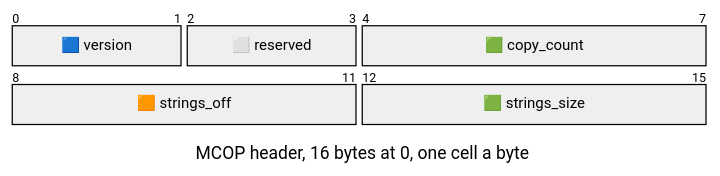
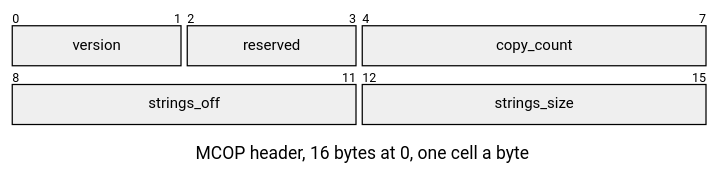
The diagram in docs/assets/formats/MCOP.md (jose-villegas/autana), drawn with Mermaid before and after one commit. The commit also changed 13 other files, not shown here.

Commit message:
formats: fill each packet box by its field's role through themeCSS the role gate writes, replacing the label squares (autana-edcif)

````diff
--- a/docs/assets/formats/MCOP.md
+++ b/docs/assets/formats/MCOP.md
@@ -11,15 +11,16 @@
 ```mermaid
 ---
 config:
+  themeCSS: "g:nth-of-type(2) rect:nth-of-type(1) { fill: #8fb3ee !important; } g:nth-of-type(2) rect:nth-of-type(2) { fill: #ffffff !important; stroke-dasharray: 4 3 !important; } g:nth-of-type(2) rect:nth-of-type(3) { fill: #93d6b0 !important; } g:nth-of-type(3) rect:nth-of-type(1) { fill: #f4a885 !important; } g:nth-of-type(3) rect:nth-of-type(2) { fill: #93d6b0 !important; } .packetLabel { fill: #1b1b1b !important; }"
   packet:
     bitsPerRow: 8
     bitWidth: 70
 ---
 packet-beta
 title MCOP header, 16 bytes at 0, one cell a byte
-0-1: "🟦 version"
-2-3: "⬜ reserved"
-4-7: "🟩 copy_count"
-8-11: "🟧 strings_off"
-12-15: "🟩 strings_size"
+0-1: "version"
+2-3: "reserved"
+4-7: "copy_count"
+8-11: "strings_off"
+12-15: "strings_size"
 ```
````
